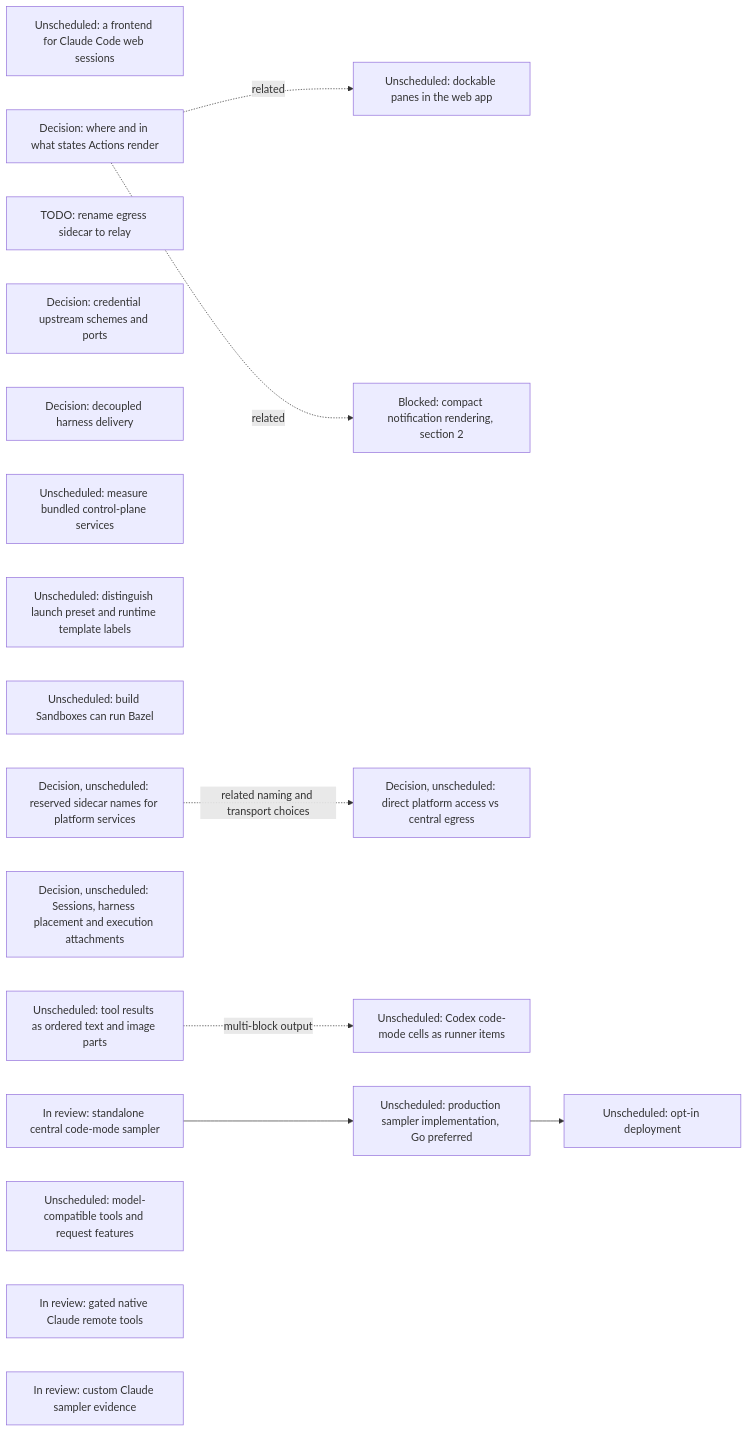
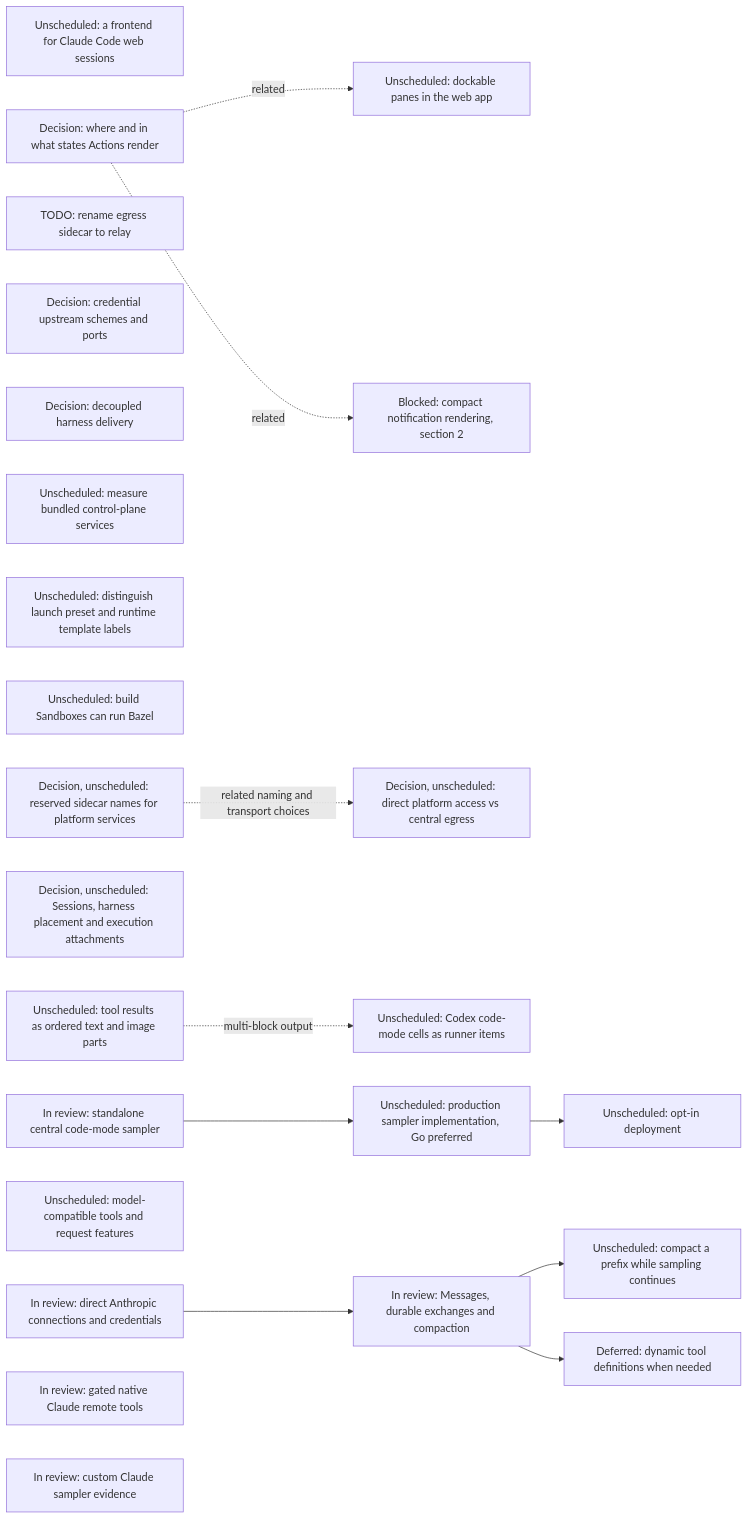
One commit to agentydragon/ducktape changed the sixth of 18 diagrams in agentplane/plans/task_dag.md. Above: the diagram before and after it, drawn with Mermaid. The commit also changed other lines of this file and 48 other files, not shown here.

````diff
--- a/agentplane/plans/task_dag.md
+++ b/agentplane/plans/task_dag.md
@@ -545,27 +545,31 @@
 ```mermaid
 flowchart LR
     CLAUDE_CODE_WEB_BRIDGE[Unscheduled: a frontend for Claude Code web sessions]
     ACTION_SURFACES_DESIGN[Decision: where and in what states Actions render]
     EGRESS_RELAY_RENAME[TODO: rename egress sidecar to relay]
     EGRESS_CREDENTIAL_TRANSPORT_DESIGN[Decision: credential upstream schemes and ports]
     RUNNER_HARNESS_DELIVERY_DESIGN[Decision: decoupled harness delivery]
     K3S_BUNDLED_SERVICES_SPIKE[Unscheduled: measure bundled control-plane services]
     DOCKABLE_PANES[Unscheduled: dockable panes in the web app]
     ACTION_SURFACES_DESIGN -. related .-> DOCKABLE_PANES
     NOTIFICATION_PRESENTATION[Blocked: compact notification rendering, section 2]
     ACTION_SURFACES_DESIGN -. related .-> NOTIFICATION_PRESENTATION
     SANDBOX_FORM_TERMINOLOGY[Unscheduled: distinguish launch preset and runtime template labels]
     BUILD_BOX_BAZEL[Unscheduled: build Sandboxes can run Bazel]
     PLATFORM_SERVICE_NAMES_DESIGN[Decision, unscheduled: reserved sidecar names for platform services]
     PLATFORM_SERVICE_ROUTING_DESIGN[Decision, unscheduled: direct platform access vs central egress]
     PLATFORM_SERVICE_NAMES_DESIGN -. related naming and transport choices .-> PLATFORM_SERVICE_ROUTING_DESIGN
     SESSION_RUNTIME_MODEL_DESIGN[Decision, unscheduled: Sessions, harness placement and execution attachments]
     STRUCTURED_TOOL_OUTPUT[Unscheduled: tool results as ordered text and image parts]
     STRUCTURED_TOOL_OUTPUT -. multi-block output .-> CODEX_CODE_MODE_CELLS[Unscheduled: Codex code-mode cells as runner items]
     CENTRAL_SAMPLER_V1[In review: standalone central code-mode sampler]
     CENTRAL_SAMPLER_V1 --> CENTRAL_SAMPLER_PRODUCTION_IMPL[Unscheduled: production sampler implementation, Go preferred]
     CENTRAL_SAMPLER_PRODUCTION_IMPL --> CENTRAL_SAMPLER_DEPLOYMENT[Unscheduled: opt-in deployment]
     CENTRAL_SAMPLER_MODEL_CAPABILITIES[Unscheduled: model-compatible tools and request features]
+    CENTRAL_SAMPLER_ANTHROPIC_ROUTING[In review: direct Anthropic connections and credentials]
+    CENTRAL_SAMPLER_ANTHROPIC_ROUTING --> CENTRAL_SAMPLER_ANTHROPIC_MESSAGES[In review: Messages, durable exchanges and compaction]
+    CENTRAL_SAMPLER_ANTHROPIC_MESSAGES --> CENTRAL_SAMPLER_BACKGROUND_COMPACTION[Unscheduled: compact a prefix while sampling continues]
+    CENTRAL_SAMPLER_ANTHROPIC_MESSAGES --> CENTRAL_SAMPLER_DYNAMIC_TOOLS[Deferred: dynamic tool definitions when needed]
     CLAUDE_REMOTE_EXECUTION_SPIKE[In review: gated native Claude remote tools]
     CLAUDE_CUSTOM_SAMPLER[In review: custom Claude sampler evidence]
 ```
````
